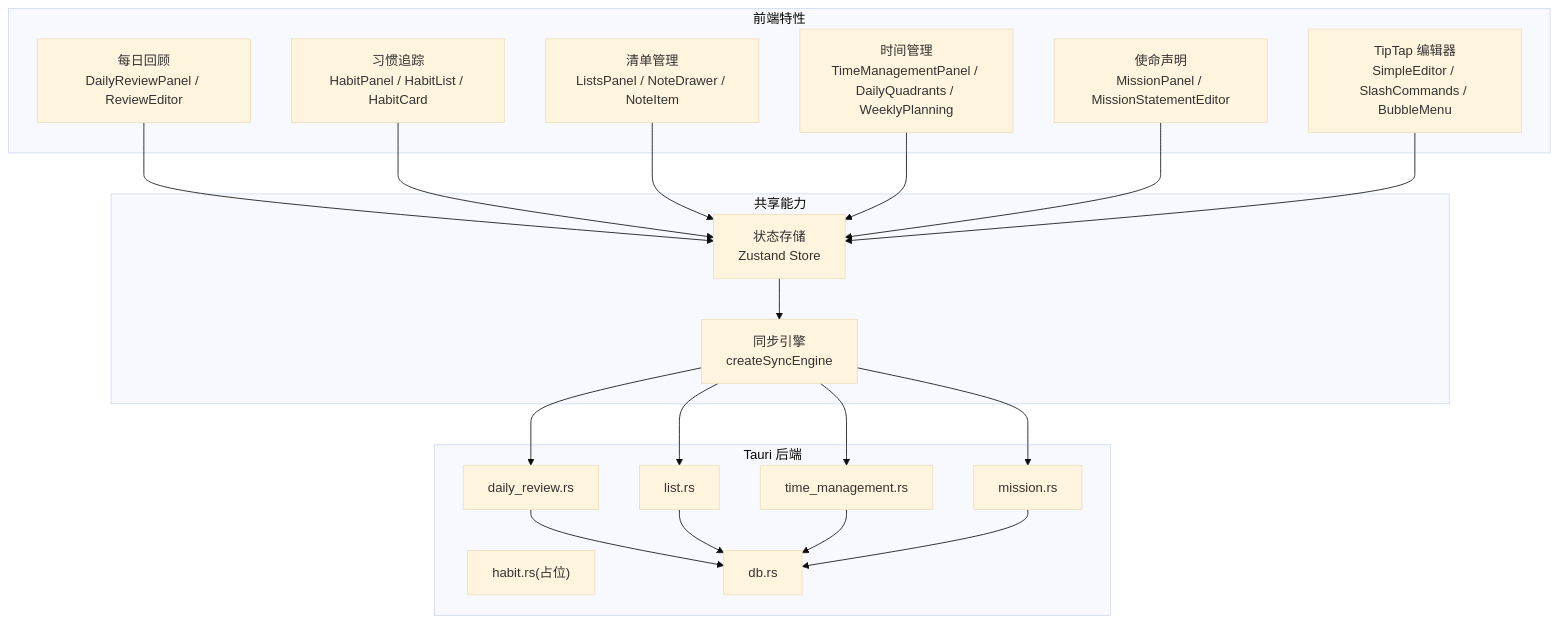
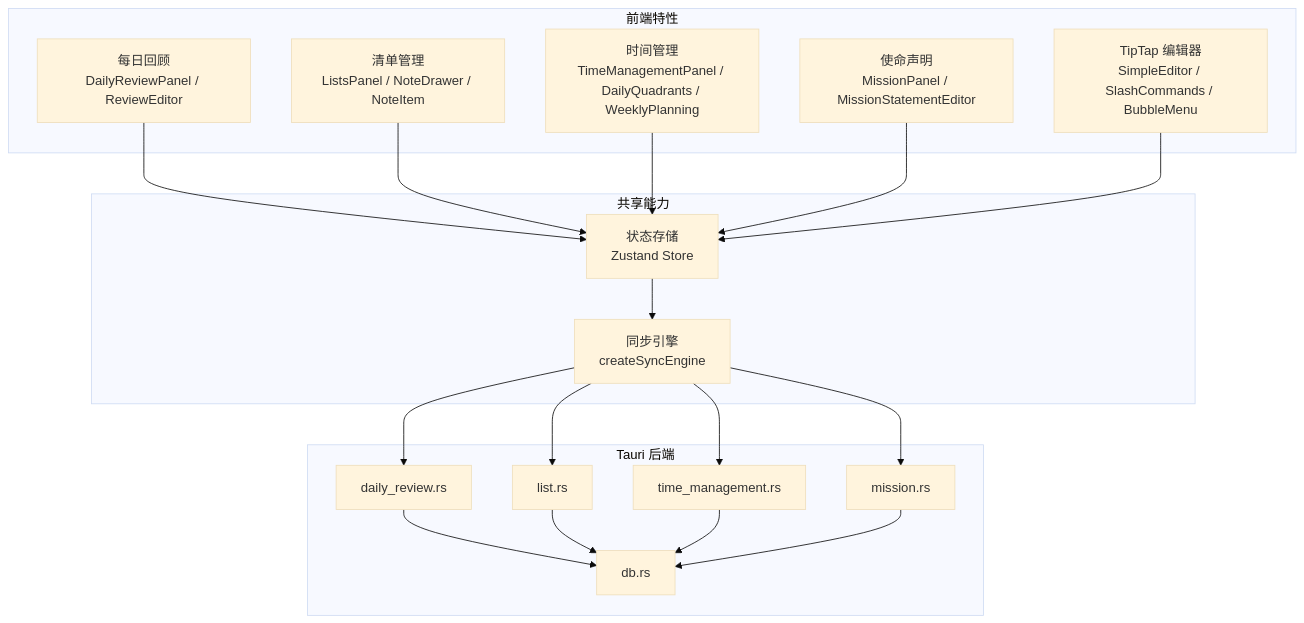
Before and after one commit to gzdxhujiale/FishWorker: the first of 8 diagrams in .qoder/repowiki/zh/content/项目概述/核心功能概览.md, drawn with Mermaid (base theme). The commit also changed other lines of this file and 36 other files, not shown here.

````diff
--- a/.qoder/repowiki/zh/content/项目概述/核心功能概览.md
+++ b/.qoder/repowiki/zh/content/项目概述/核心功能概览.md
@@ -71,38 +75,35 @@
 ```mermaid
 graph TB
 subgraph "前端特性"
 DR["每日回顾<br/>DailyReviewPanel / ReviewEditor"]
-HAB["习惯追踪<br/>HabitPanel / HabitList / HabitCard"]
 LST["清单管理<br/>ListsPanel / NoteDrawer / NoteItem"]
 TM["时间管理<br/>TimeManagementPanel / DailyQuadrants / WeeklyPlanning"]
 MIS["使命声明<br/>MissionPanel / MissionStatementEditor"]
 TIP["TipTap 编辑器<br/>SimpleEditor / SlashCommands / BubbleMenu"]
 end
 subgraph "共享能力"
 SYNC["同步引擎<br/>createSyncEngine"]
 STORES["状态存储<br/>Zustand Store"]
 end
 subgraph "Tauri 后端"
 API_DR["daily_review.rs"]
-API_HAB["habit.rs(占位)"]
 API_LST["list.rs"]
 API_TM["time_management.rs"]
 API_MIS["mission.rs"]
 DB["db.rs"]
 end
 DR --> STORES
-HAB --> STORES
 LST --> STORES
 TM --> STORES
 MIS --> STORES
 TIP --> STORES
 STORES --> SYNC
 SYNC --> API_DR
 SYNC --> API_LST
 SYNC --> API_TM
 SYNC --> API_MIS
 API_DR --> DB
 API_LST --> DB
 API_TM --> DB
 API_MIS --> DB
 ```
````
